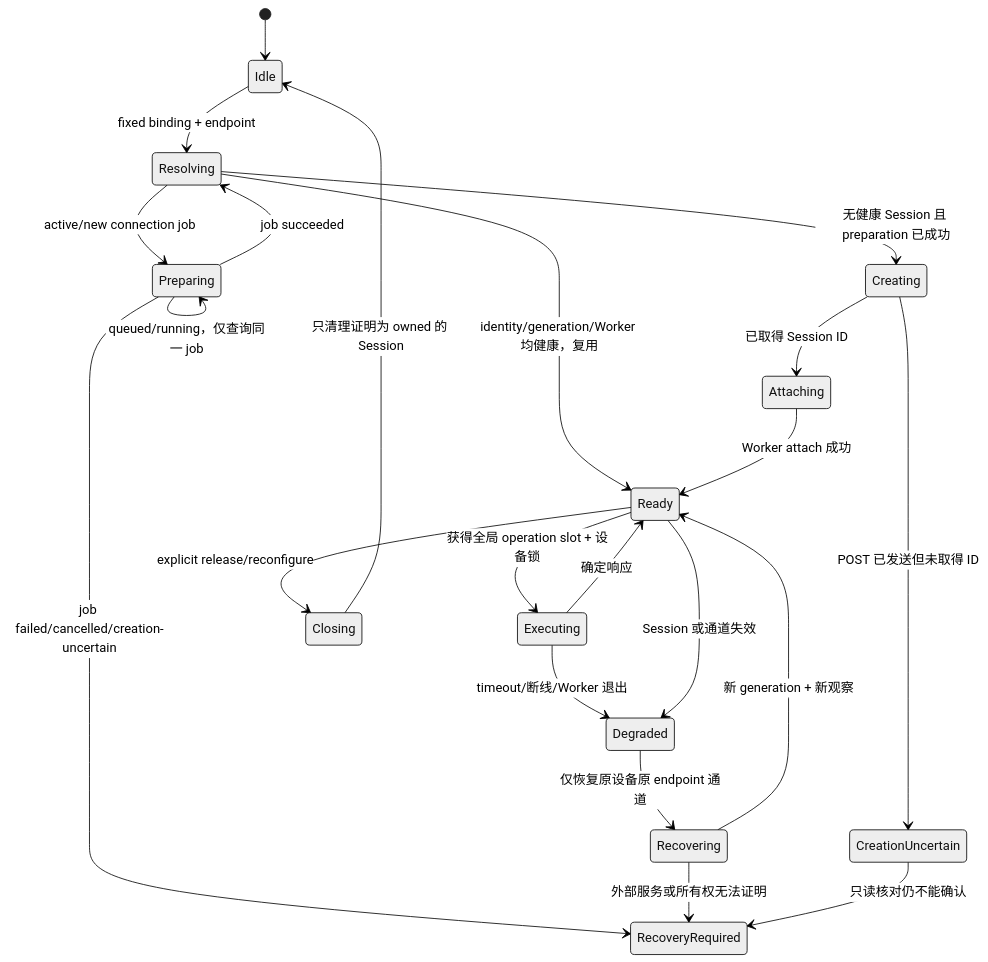
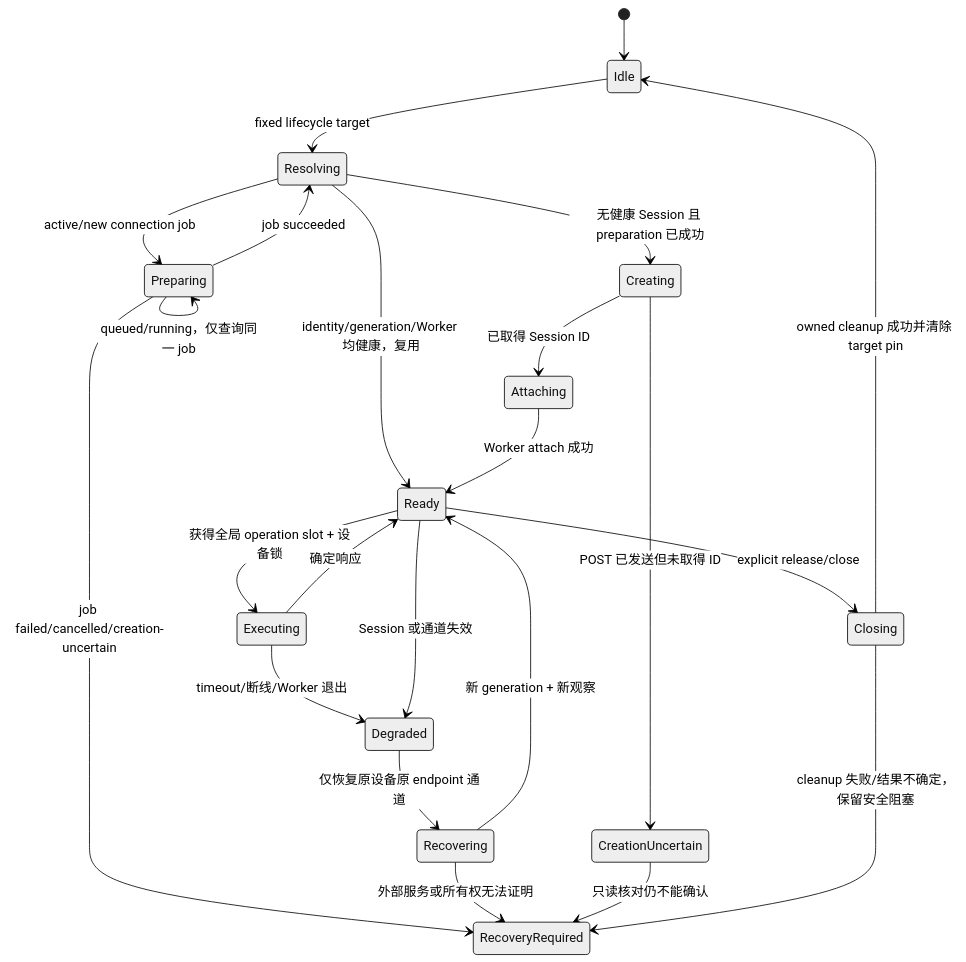
One commit to houlianpi/Maat changed the third of 6 diagrams in docs/maat-mvp-technical-design.md. Above: the diagram before and after it, drawn with Mermaid (neutral theme). The commit also changed other lines of this file and 5 other files, not shown here.

Commit message:
docs: adopt session-scoped mobile target selection

````diff
--- a/docs/maat-mvp-technical-design.md
+++ b/docs/maat-mvp-technical-design.md
@@ -350,24 +399,25 @@
 ```mermaid
 stateDiagram-v2
     [*] --> Idle
-    Idle --> Resolving: fixed binding + endpoint
+    Idle --> Resolving: fixed lifecycle target
     Resolving --> Ready: identity/generation/Worker 均健康，复用
     Resolving --> Preparing: active/new connection job
     Preparing --> Preparing: queued/running，仅查询同一 job
     Preparing --> Resolving: job succeeded
     Preparing --> RecoveryRequired: job failed/cancelled/creation-uncertain
     Resolving --> Creating: 无健康 Session 且 preparation 已成功
     Creating --> Attaching: 已取得 Session ID
     Creating --> CreationUncertain: POST 已发送但未取得 ID
     Attaching --> Ready: Worker attach 成功
     Ready --> Executing: 获得全局 operation slot + 设备锁
     Executing --> Ready: 确定响应
     Executing --> Degraded: timeout/断线/Worker 退出
     Ready --> Degraded: Session 或通道失效
     Degraded --> Recovering: 仅恢复原设备原 endpoint 通道
     Recovering --> Ready: 新 generation + 新观察
     Recovering --> RecoveryRequired: 外部服务或所有权无法证明
     CreationUncertain --> RecoveryRequired: 只读核对仍不能确认
-    Ready --> Closing: explicit release/reconfigure
-    Closing --> Idle: 只清理证明为 owned 的 Session
+    Ready --> Closing: explicit release/close
+    Closing --> Idle: owned cleanup 成功并清除 target pin
+    Closing --> RecoveryRequired: cleanup 失败/结果不确定，保留安全阻塞
 ```
````
